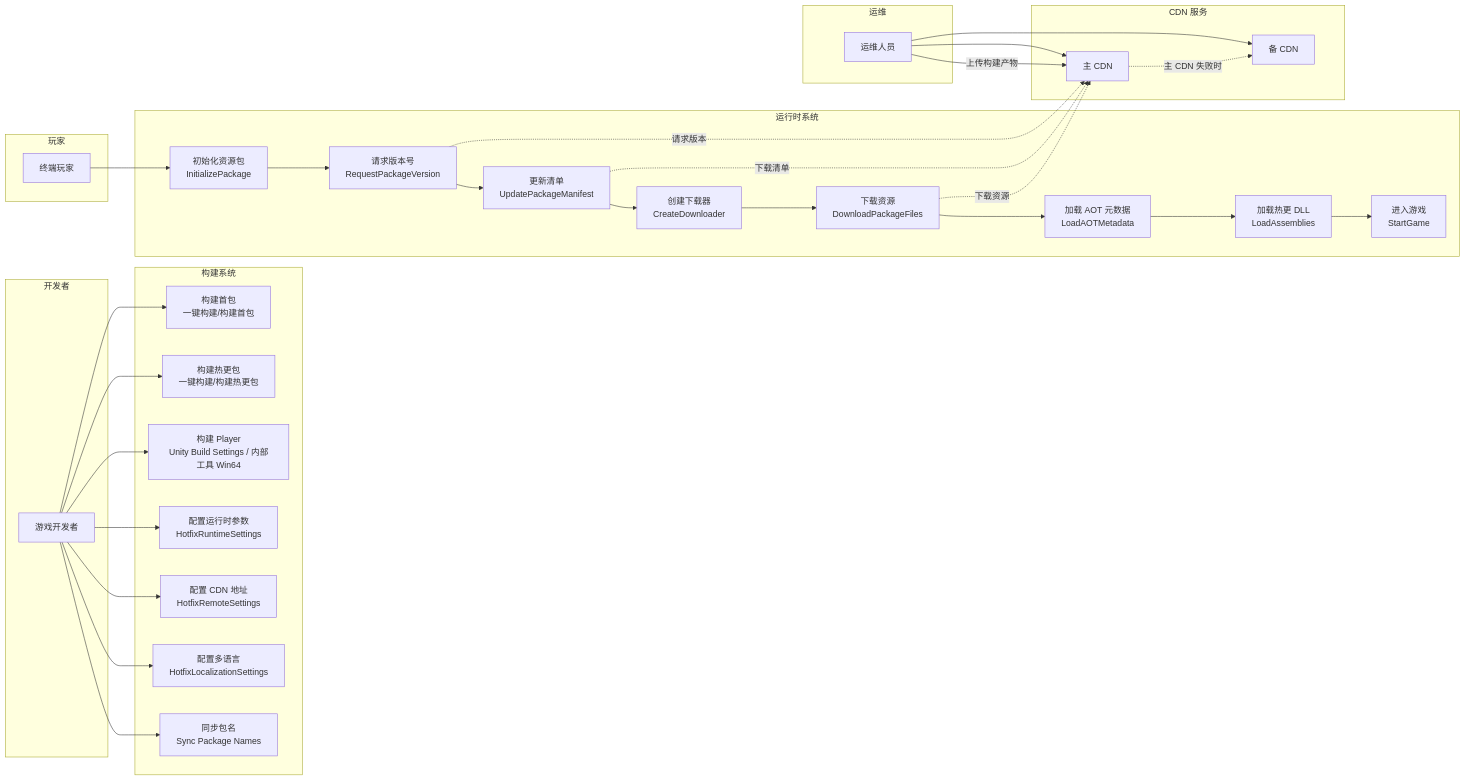
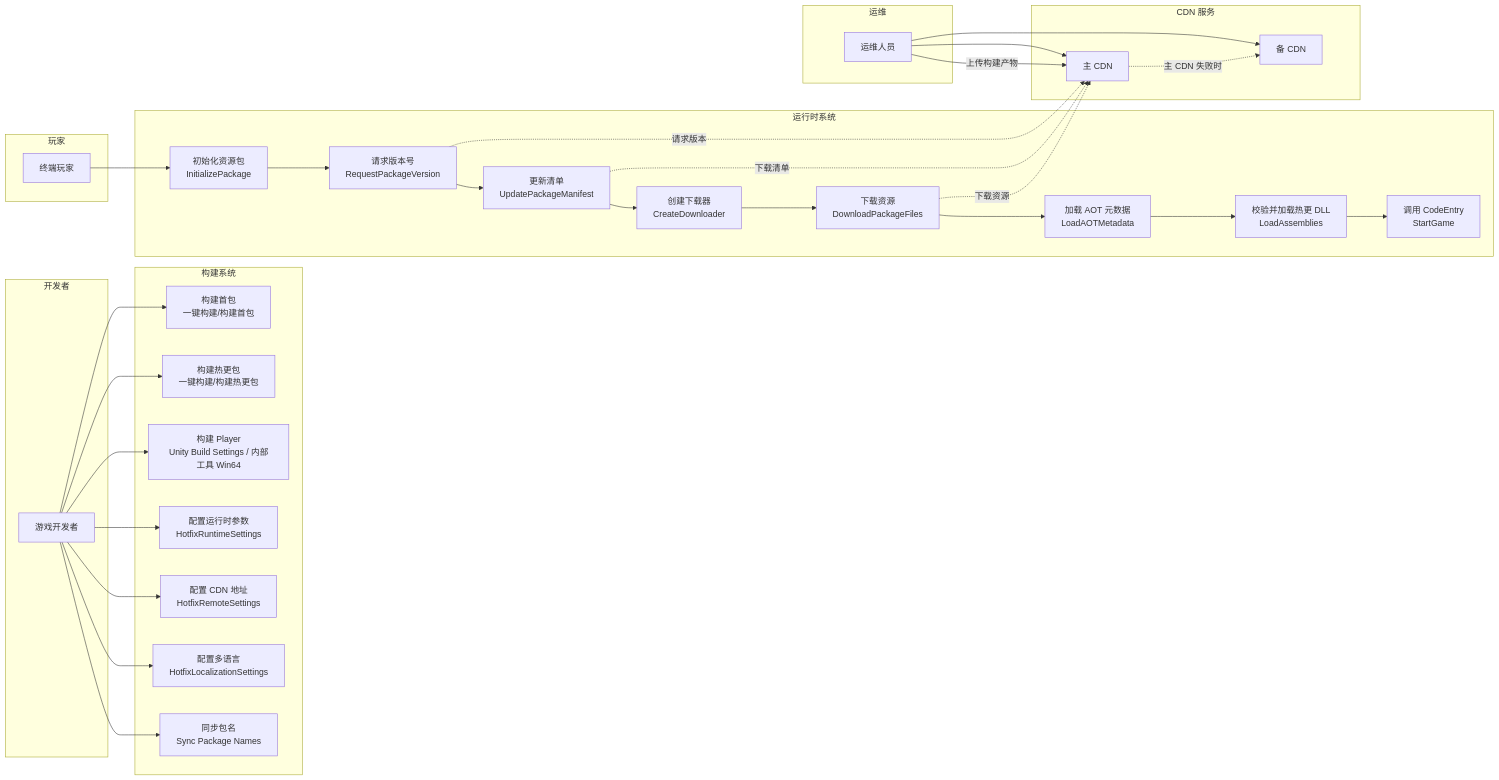
One commit to RyuRae/qframework-hotfix changed the fourth of 5 diagrams in README.md. Above: the diagram before and after it, drawn with Mermaid. The commit also changed other lines of this file and 4 other files, not shown here.

````diff
--- a/README.md
+++ b/README.md
@@ -250,66 +252,66 @@
 ```mermaid
 flowchart LR
     subgraph 开发者
         DEV[游戏开发者]
     end
 
     subgraph 运维
         OPS[运维人员]
     end
 
     subgraph 玩家
         PLAYER[终端玩家]
     end
 
     subgraph 构建系统
         B1[构建首包\n一键构建/构建首包]
         B2[构建热更包\n一键构建/构建热更包]
         B3[构建 Player\nUnity Build Settings / 内部工具 Win64]
         B4[配置运行时参数\nHotfixRuntimeSettings]
         B5[配置 CDN 地址\nHotfixRemoteSettings]
         B6[配置多语言\nHotfixLocalizationSettings]
         B7[同步包名\nSync Package Names]
     end
 
     subgraph 运行时系统
         R1[初始化资源包\nInitializePackage]
         R2[请求版本号\nRequestPackageVersion]
         R3[更新清单\nUpdatePackageManifest]
         R4[创建下载器\nCreateDownloader]
         R5[下载资源\nDownloadPackageFiles]
         R6[加载 AOT 元数据\nLoadAOTMetadata]
-        R7[加载热更 DLL\nLoadAssemblies]
-        R8[进入游戏\nStartGame]
+        R7[校验并加载热更 DLL\nLoadAssemblies]
+        R8[调用 CodeEntry\nStartGame]
     end
 
     subgraph CDN 服务
         CDN1[主 CDN]
         CDN2[备 CDN]
     end
 
     DEV --> B4
     DEV --> B5
     DEV --> B6
     DEV --> B7
     DEV --> B1
     DEV --> B2
     DEV --> B3
 
     OPS --> CDN1
     OPS --> CDN2
     OPS -->|上传构建产物| CDN1
 
     PLAYER --> R1
     R1 --> R2
     R2 --> R3
     R3 --> R4
     R4 --> R5
     R5 --> R6
     R6 --> R7
     R7 --> R8
 
     R2 -.->|请求版本| CDN1
     R3 -.->|下载清单| CDN1
     R5 -.->|下载资源| CDN1
     CDN1 -.->|主 CDN 失败时| CDN2
 ```
````
